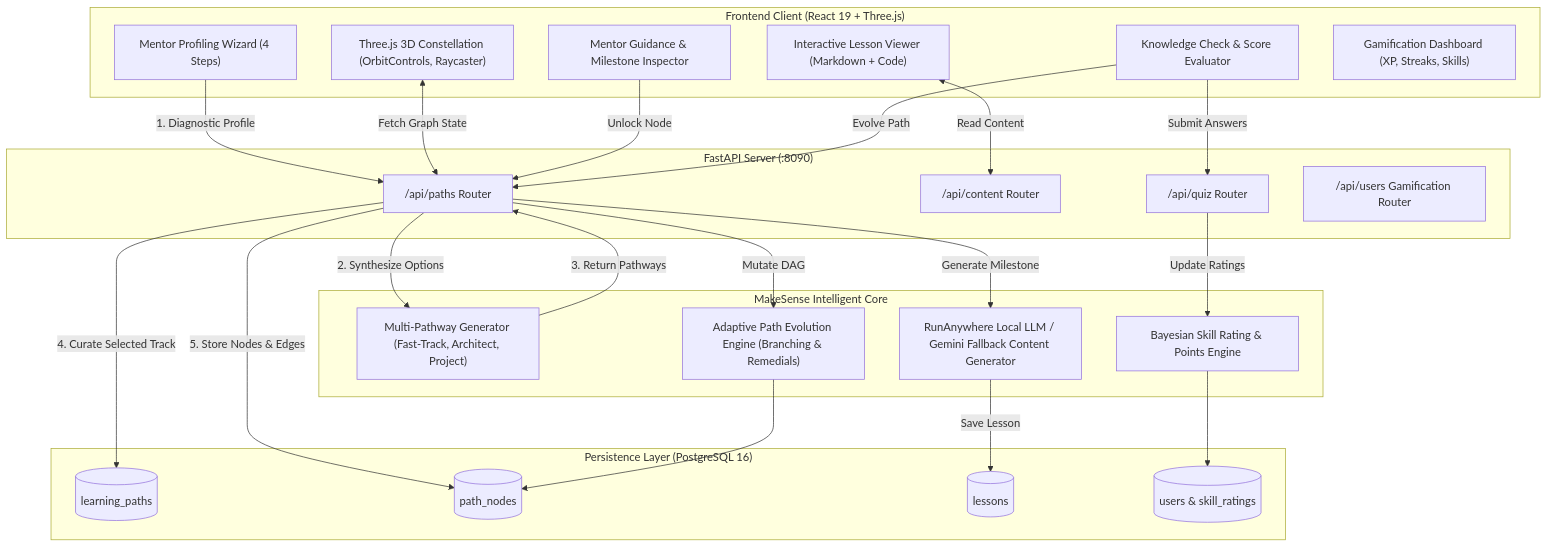
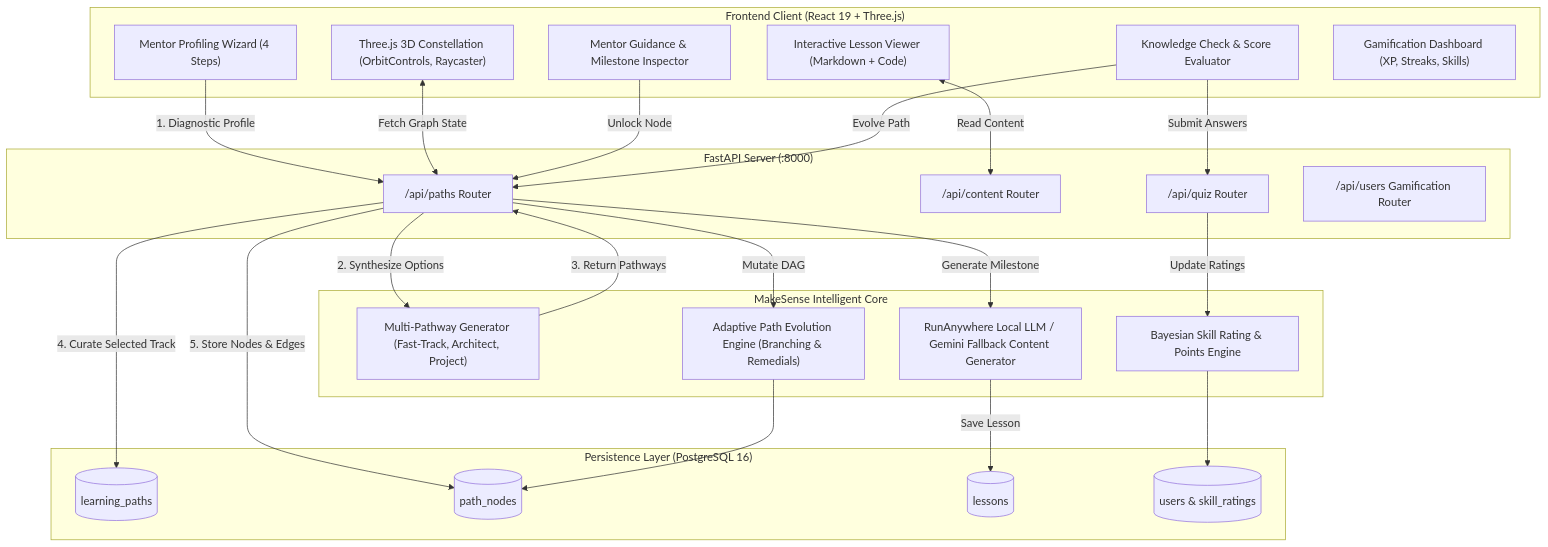
The fourth of 4 diagrams in docs/user-flow.md (AmanGarg1999/MakeSense), drawn with Mermaid before and after one commit. The commit also changed 1 other file, not shown here.

Commit message:
docs: reconcile FastAPI port references to 8000 (#8)
Architecture diagram (README) and user-flow gateway node said
localhost:8090 while the quick start, ARCHITECTURE.md, and the
actual uvicorn binding (Dockerfile CMD --port 8000) all say 8000.
The server listens on 8000; the docker-compose host mapping
8090:8000 is a deployment detail, not the server port.

````diff
--- a/docs/user-flow.md
+++ b/docs/user-flow.md
@@ -120,49 +120,49 @@
 ```mermaid
 graph TB
     subgraph Client["Frontend Client (React 19 + Three.js)"]
         WIZ["Mentor Profiling Wizard (4 Steps)"]
         T3D["Three.js 3D Constellation (OrbitControls, Raycaster)"]
         DRAWER["Mentor Guidance & Milestone Inspector"]
         LESSON["Interactive Lesson Viewer (Markdown + Code)"]
         QUIZ["Knowledge Check & Score Evaluator"]
         DASH["Gamification Dashboard (XP, Streaks, Skills)"]
     end
 
-    subgraph Gateway["FastAPI Server (:8090)"]
+    subgraph Gateway["FastAPI Server (:8000)"]
         RP["/api/paths Router"]
         RC["/api/content Router"]
         RQ["/api/quiz Router"]
         RG["/api/users Gamification Router"]
     end
 
     subgraph CoreEngine["MakeSense Intelligent Core"]
         MP["Multi-Pathway Generator (Fast-Track, Architect, Project)"]
         AP["Adaptive Path Evolution Engine (Branching & Remedials)"]
         CG["RunAnywhere Local LLM / Gemini Fallback Content Generator"]
         BE["Bayesian Skill Rating & Points Engine"]
     end
 
     subgraph Storage["Persistence Layer (PostgreSQL 16)"]
         T_PATHS[("learning_paths")]
         T_NODES[("path_nodes")]
         T_LESSONS[("lessons")]
         T_USERS[("users & skill_ratings")]
     end
 
     WIZ -->|1. Diagnostic Profile| RP
     RP -->|2. Synthesize Options| MP
     MP -->|3. Return Pathways| RP
     RP -->|4. Curate Selected Track| T_PATHS
     RP -->|5. Store Nodes & Edges| T_NODES
     T3D <-->|Fetch Graph State| RP
     DRAWER -->|Unlock Node| RP
     RP -->|Generate Milestone| CG
     CG -->|Save Lesson| T_LESSONS
     LESSON <-->|Read Content| RC
     QUIZ -->|Submit Answers| RQ
     RQ -->|Update Ratings| BE
     BE --> T_USERS
     QUIZ -->|Evolve Path| RP
     RP -->|Mutate DAG| AP
     AP --> T_NODES
 ```
````
